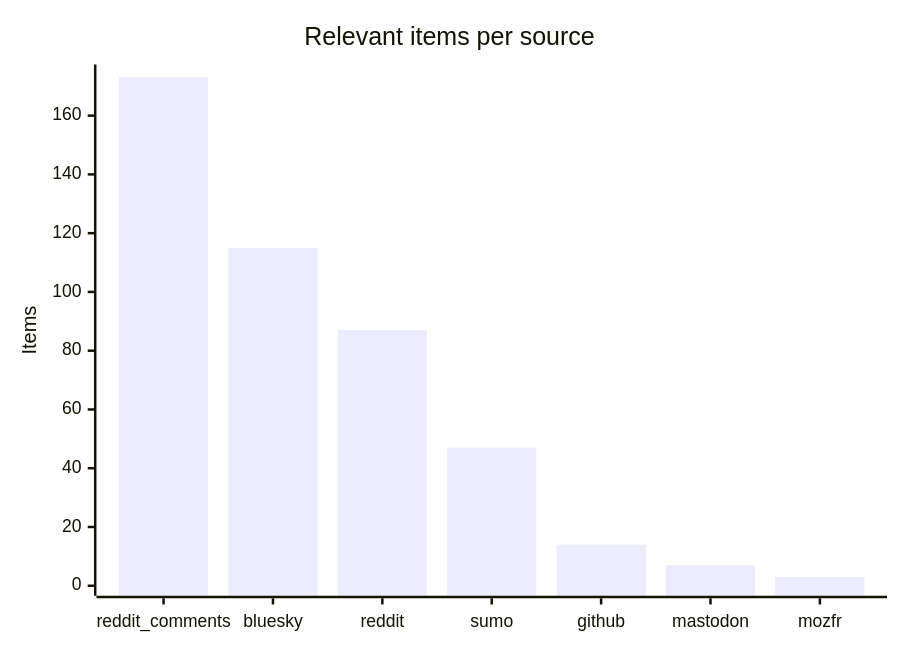
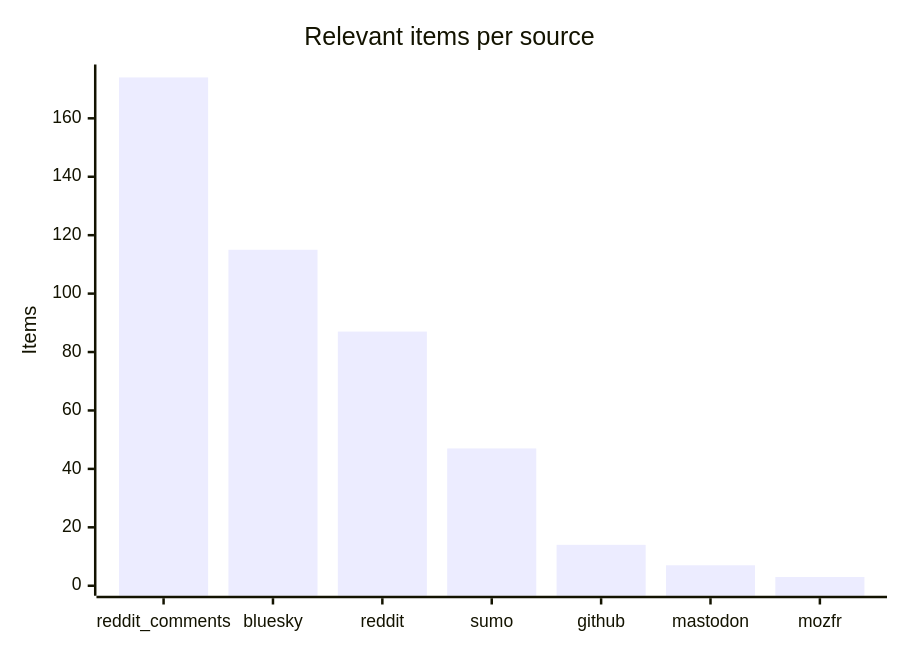
The third of 4 diagrams in README.md (martinbalfanz/social-scanner-reports), drawn with Mermaid before and after one commit. The commit also changed other lines of this file and 4 other files, not shown here.

````diff
--- a/README.md
+++ b/README.md
@@ -48,7 +48,7 @@
 ```mermaid
 xychart-beta
     title "Relevant items per source"
     x-axis ["reddit_comments", "bluesky", "reddit", "sumo", "github", "mastodon", "mozfr"]
-    y-axis "Items" 0 --> 174
-    bar [173, 115, 87, 47, 14, 7, 3]
+    y-axis "Items" 0 --> 175
+    bar [174, 115, 87, 47, 14, 7, 3]
 ```
````
